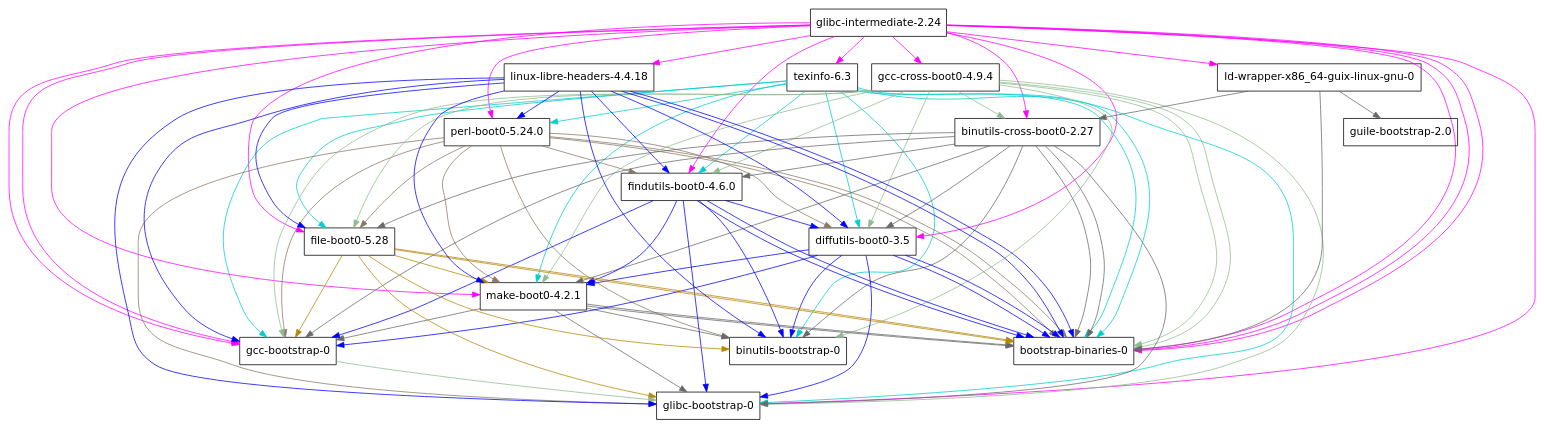
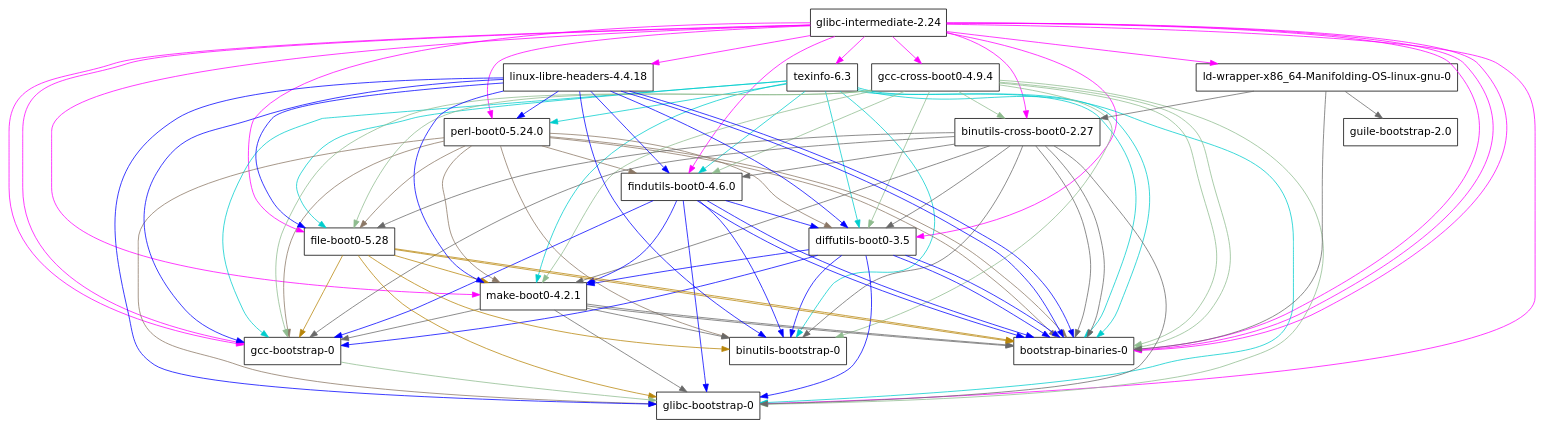
The diagram in guix/doc/images/bootstrap-packages.dot (CogitoGITHUB/ManifoldOS), drawn with Graphviz before and after one commit. The commit also changed 1939 other files, not shown here.

```diff
--- a/guix/doc/images/bootstrap-packages.dot
+++ b/guix/doc/images/bootstrap-packages.dot
@@ -3,7 +3,7 @@
   "/gnu/store/aymf6jlxxpwgr71rkiz24m646nqsyii6-glibc-intermediate-2.24.drv" -> "/gnu/store/wx8ifbb7x22cl4998fyldsr24fcv18j3-texinfo-6.3.drv" [color = magenta];
   "/gnu/store/aymf6jlxxpwgr71rkiz24m646nqsyii6-glibc-intermediate-2.24.drv" -> "/gnu/store/ccj3as3258l70lmphi48hs7n017wv75s-perl-boot0-5.24.0.drv" [color = magenta];
   "/gnu/store/aymf6jlxxpwgr71rkiz24m646nqsyii6-glibc-intermediate-2.24.drv" -> "/gnu/store/w9adgzgdqkwz0w13zxf2fn363v9wcllc-gcc-cross-boot0-4.9.4.drv" [color = magenta];
-  "/gnu/store/aymf6jlxxpwgr71rkiz24m646nqsyii6-glibc-intermediate-2.24.drv" -> "/gnu/store/72snmrnjphwjxffknjhzm3xg38wd08al-ld-wrapper-x86_64-guix-linux-gnu-0.drv" [color = magenta];
+  "/gnu/store/aymf6jlxxpwgr71rkiz24m646nqsyii6-glibc-intermediate-2.24.drv" -> "/gnu/store/72snmrnjphwjxffknjhzm3xg38wd08al-ld-wrapper-x86_64-Manifolding-OS-linux-gnu-0.drv" [color = magenta];
   "/gnu/store/aymf6jlxxpwgr71rkiz24m646nqsyii6-glibc-intermediate-2.24.drv" -> "/gnu/store/v1v7jp438hc5rpgriwpjp04x049vh0g4-binutils-cross-boot0-2.27.drv" [color = magenta];
   "/gnu/store/aymf6jlxxpwgr71rkiz24m646nqsyii6-glibc-intermediate-2.24.drv" -> "/gnu/store/1jpld53g41rzv2bmjp6v9mckmyw75vs3-make-boot0-4.2.1.drv" [color = magenta];
   "/gnu/store/aymf6jlxxpwgr71rkiz24m646nqsyii6-glibc-intermediate-2.24.drv" -> "/gnu/store/zpphawi07xidhfs2dja3w7hmnfp99j02-diffutils-boot0-3.5.drv" [color = magenta];
@@ -91,10 +91,10 @@
   "/gnu/store/v1v7jp438hc5rpgriwpjp04x049vh0g4-binutils-cross-boot0-2.27.drv" -> "/gnu/store/wv8sf8h4n9s5cdya223iy2wp3alr92x8-binutils-bootstrap-0.drv" [color = dimgrey];
   "/gnu/store/v1v7jp438hc5rpgriwpjp04x049vh0g4-binutils-cross-boot0-2.27.drv" -> "/gnu/store/pmvh852v0x1zbl4r37pcpdqnq6m3bwfk-bootstrap-binaries-0.drv" [color = dimgrey];
   "/gnu/store/v1v7jp438hc5rpgriwpjp04x049vh0g4-binutils-cross-boot0-2.27.drv" -> "/gnu/store/pmvh852v0x1zbl4r37pcpdqnq6m3bwfk-bootstrap-binaries-0.drv" [color = dimgrey];
-  "/gnu/store/72snmrnjphwjxffknjhzm3xg38wd08al-ld-wrapper-x86_64-guix-linux-gnu-0.drv" [label = "ld-wrapper-x86_64-guix-linux-gnu-0", shape = box, fontname = "dejavu sans"];
-  "/gnu/store/72snmrnjphwjxffknjhzm3xg38wd08al-ld-wrapper-x86_64-guix-linux-gnu-0.drv" -> "/gnu/store/v1v7jp438hc5rpgriwpjp04x049vh0g4-binutils-cross-boot0-2.27.drv" [color = dimgrey];
-  "/gnu/store/72snmrnjphwjxffknjhzm3xg38wd08al-ld-wrapper-x86_64-guix-linux-gnu-0.drv" -> "/gnu/store/af19ma2vm3qhvh3rw6cdivyp98s18bj3-guile-bootstrap-2.0.drv" [color = dimgrey];
-  "/gnu/store/72snmrnjphwjxffknjhzm3xg38wd08al-ld-wrapper-x86_64-guix-linux-gnu-0.drv" -> "/gnu/store/pmvh852v0x1zbl4r37pcpdqnq6m3bwfk-bootstrap-binaries-0.drv" [color = dimgrey];
+  "/gnu/store/72snmrnjphwjxffknjhzm3xg38wd08al-ld-wrapper-x86_64-Manifolding-OS-linux-gnu-0.drv" [label = "ld-wrapper-x86_64-Manifolding-OS-linux-gnu-0", shape = box, fontname = "dejavu sans"];
+  "/gnu/store/72snmrnjphwjxffknjhzm3xg38wd08al-ld-wrapper-x86_64-Manifolding-OS-linux-gnu-0.drv" -> "/gnu/store/v1v7jp438hc5rpgriwpjp04x049vh0g4-binutils-cross-boot0-2.27.drv" [color = dimgrey];
+  "/gnu/store/72snmrnjphwjxffknjhzm3xg38wd08al-ld-wrapper-x86_64-Manifolding-OS-linux-gnu-0.drv" -> "/gnu/store/af19ma2vm3qhvh3rw6cdivyp98s18bj3-guile-bootstrap-2.0.drv" [color = dimgrey];
+  "/gnu/store/72snmrnjphwjxffknjhzm3xg38wd08al-ld-wrapper-x86_64-Manifolding-OS-linux-gnu-0.drv" -> "/gnu/store/pmvh852v0x1zbl4r37pcpdqnq6m3bwfk-bootstrap-binaries-0.drv" [color = dimgrey];
   "/gnu/store/af19ma2vm3qhvh3rw6cdivyp98s18bj3-guile-bootstrap-2.0.drv" [label = "guile-bootstrap-2.0", shape = box, fontname = "dejavu sans"];
   "/gnu/store/5syba2bxhh8z79jhq83fzy8fxcx5xb4s-linux-libre-headers-4.4.18.drv" [label = "linux-libre-headers-4.4.18", shape = box, fontname = "dejavu sans"];
   "/gnu/store/5syba2bxhh8z79jhq83fzy8fxcx5xb4s-linux-libre-headers-4.4.18.drv" -> "/gnu/store/ccj3as3258l70lmphi48hs7n017wv75s-perl-boot0-5.24.0.drv" [color = blue];
```
